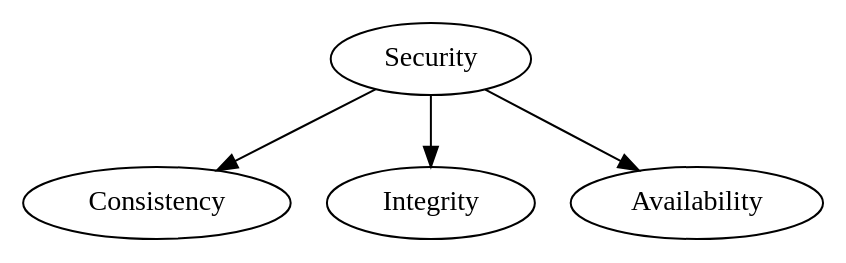
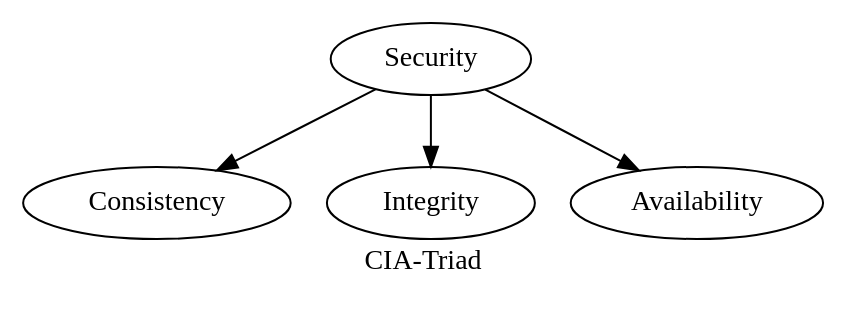
Before and after one commit to acje/quality-attributes: the diagram in gv-files/CIA-triad.gv, drawn with Graphviz. The commit also changed 4 other files, not shown here.

```diff
--- a/gv-files/CIA-triad.gv
+++ b/gv-files/CIA-triad.gv
@@ -1,5 +1,6 @@
-digraph "CIA-triad" {
+digraph CIAtriad {
+ label="CIA-Triad";
  Security->Consistency
  Security->Integrity
  Security->Availability
 }
```
